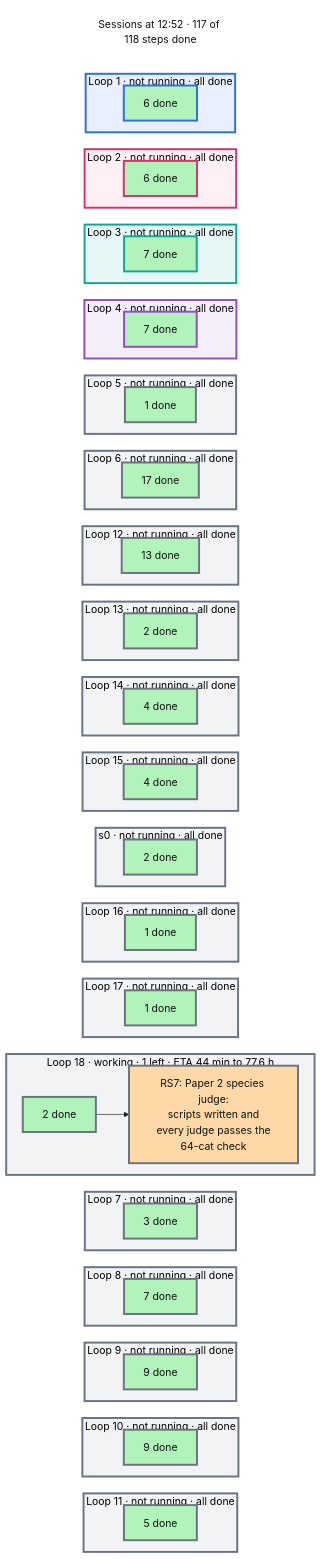
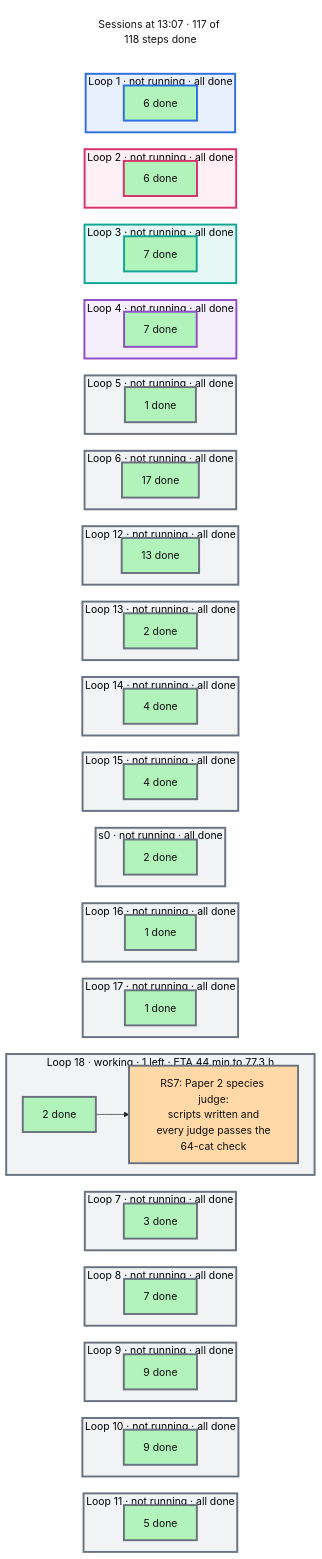
One commit to mo-rsa24/concept-composition changed the diagram in artifacts/notes/progress/sessions.mmd. Above: the diagram before and after it, drawn with Mermaid. The commit also changed 9 other files, not shown here.

```diff
--- a/artifacts/notes/progress/sessions.mmd
+++ b/artifacts/notes/progress/sessions.mmd
@@ -1,124 +1,124 @@
 %%{init: {'theme': 'base', 'themeVariables': {'fontFamily': 'monospace', 'primaryColor': '#ffffff', 'primaryBorderColor': '#222222', 'primaryTextColor': '#111111', 'lineColor': '#222222'}, 'flowchart': {'nodeSpacing': 16, 'rankSpacing': 26}}}%%
 flowchart TB
   classDef done fill:#b2f2bb,color:#111111
   classDef doing fill:#ffd8a8,color:#111111
   classDef todo fill:#e9ecef,color:#111111
   classDef note fill:#ffffff,stroke:#c92a2a,stroke-dasharray:5 5,color:#c92a2a
-  now["Sessions at 12:52 · 117 of 118 steps done"]
+  now["Sessions at 13:07 · 117 of 118 steps done"]
   style now fill:#ffffff,stroke:#ffffff,color:#111111
   subgraph L0["Loop 1 · not running · all done"]
     direction LR
     d0["6 done"]:::done
   end
   subgraph L1["Loop 2 · not running · all done"]
     direction LR
     d1["6 done"]:::done
   end
   subgraph L2["Loop 3 · not running · all done"]
     direction LR
     d2["7 done"]:::done
   end
   subgraph L3["Loop 4 · not running · all done"]
     direction LR
     d3["7 done"]:::done
   end
   subgraph L4["Loop 5 · not running · all done"]
     direction LR
     d4["1 done"]:::done
   end
   subgraph L5["Loop 6 · not running · all done"]
     direction LR
     d5["17 done"]:::done
   end
   subgraph L6["Loop 12 · not running · all done"]
     direction LR
     d6["13 done"]:::done
   end
   subgraph L7["Loop 13 · not running · all done"]
     direction LR
     d7["2 done"]:::done
   end
   subgraph L8["Loop 14 · not running · all done"]
     direction LR
     d8["4 done"]:::done
   end
   subgraph L9["Loop 15 · not running · all done"]
     direction LR
     d9["4 done"]:::done
   end
   subgraph L10["s0 · not running · all done"]
     direction LR
     d10["2 done"]:::done
   end
   subgraph L11["Loop 16 · not running · all done"]
     direction LR
     d11["1 done"]:::done
   end
   subgraph L12["Loop 17 · not running · all done"]
     direction LR
     d12["1 done"]:::done
   end
-  subgraph L13["Loop 18 · working · 1 left · ETA 44 min to 77.6 h"]
+  subgraph L13["Loop 18 · working · 1 left · ETA 44 min to 77.3 h"]
     direction LR
     d13["2 done"]:::done --> n_RS7["RS7: Paper 2 species judge:<br/>scripts written and<br/>every judge passes the<br/>64-cat check"]:::doing
   end
   subgraph L14["Loop 7 · not running · all done"]
     direction LR
     d14["3 done"]:::done
   end
   subgraph L15["Loop 8 · not running · all done"]
     direction LR
     d15["7 done"]:::done
   end
   subgraph L16["Loop 9 · not running · all done"]
     direction LR
     d16["9 done"]:::done
   end
   subgraph L17["Loop 10 · not running · all done"]
     direction LR
     d17["9 done"]:::done
   end
   subgraph L18["Loop 11 · not running · all done"]
     direction LR
     d18["5 done"]:::done
   end
   now ~~~ L0 ~~~ L1 ~~~ L2 ~~~ L3 ~~~ L4 ~~~ L5 ~~~ L6 ~~~ L7 ~~~ L8 ~~~ L9 ~~~ L10 ~~~ L11 ~~~ L12 ~~~ L13 ~~~ L14 ~~~ L15 ~~~ L16 ~~~ L17 ~~~ L18
   style L0 fill:#e8f0fd,stroke:#2f6fde,stroke-width:3px
   style d0 stroke:#2f6fde,stroke-width:3px
   style L1 fill:#fff0f6,stroke:#d6336c,stroke-width:3px
   style d1 stroke:#d6336c,stroke-width:3px
   style L2 fill:#e6f8f5,stroke:#12a594,stroke-width:3px
   style d2 stroke:#12a594,stroke-width:3px
   style L3 fill:#f5effb,stroke:#8e4ec6,stroke-width:3px
   style d3 stroke:#8e4ec6,stroke-width:3px
   style L4 fill:#f1f3f5,stroke:#6b7280,stroke-width:3px
   style d4 stroke:#6b7280,stroke-width:3px
   style L5 fill:#f1f3f5,stroke:#6b7280,stroke-width:3px
   style d5 stroke:#6b7280,stroke-width:3px
   style L6 fill:#f1f3f5,stroke:#6b7280,stroke-width:3px
   style d6 stroke:#6b7280,stroke-width:3px
   style L7 fill:#f1f3f5,stroke:#6b7280,stroke-width:3px
   style d7 stroke:#6b7280,stroke-width:3px
   style L8 fill:#f1f3f5,stroke:#6b7280,stroke-width:3px
   style d8 stroke:#6b7280,stroke-width:3px
   style L9 fill:#f1f3f5,stroke:#6b7280,stroke-width:3px
   style d9 stroke:#6b7280,stroke-width:3px
   style L10 fill:#f1f3f5,stroke:#6b7280,stroke-width:3px
   style d10 stroke:#6b7280,stroke-width:3px
   style L11 fill:#f1f3f5,stroke:#6b7280,stroke-width:3px
   style d11 stroke:#6b7280,stroke-width:3px
   style L12 fill:#f1f3f5,stroke:#6b7280,stroke-width:3px
   style d12 stroke:#6b7280,stroke-width:3px
   style L13 fill:#f1f3f5,stroke:#6b7280,stroke-width:3px
   style d13 stroke:#6b7280,stroke-width:3px
   style n_RS7 stroke:#6b7280,stroke-width:3px
   style L14 fill:#f1f3f5,stroke:#6b7280,stroke-width:3px
   style d14 stroke:#6b7280,stroke-width:3px
   style L15 fill:#f1f3f5,stroke:#6b7280,stroke-width:3px
   style d15 stroke:#6b7280,stroke-width:3px
   style L16 fill:#f1f3f5,stroke:#6b7280,stroke-width:3px
   style d16 stroke:#6b7280,stroke-width:3px
   style L17 fill:#f1f3f5,stroke:#6b7280,stroke-width:3px
   style d17 stroke:#6b7280,stroke-width:3px
   style L18 fill:#f1f3f5,stroke:#6b7280,stroke-width:3px
   style d18 stroke:#6b7280,stroke-width:3px
```
